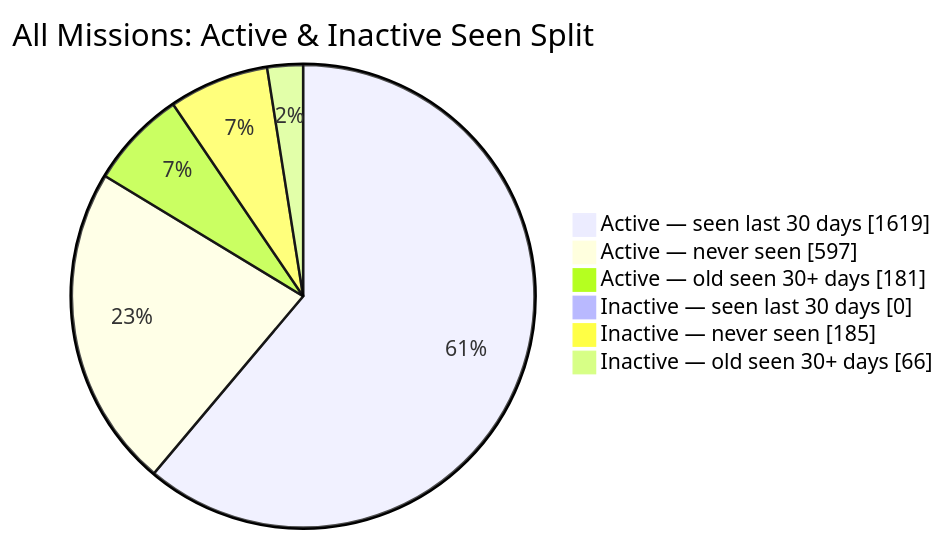
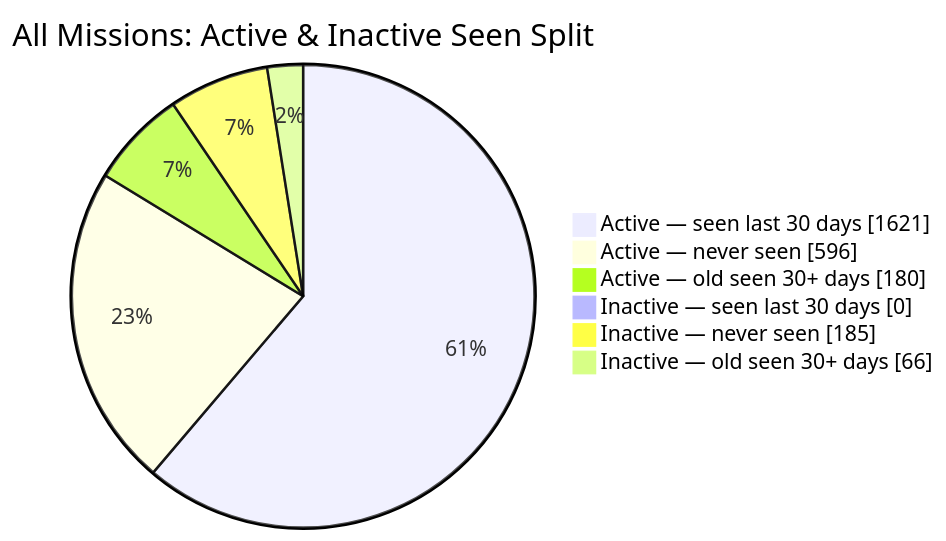
The second of 2 diagrams in README.md (MeldkamerspelGameTeam/active-missions), drawn with Mermaid before and after one commit. The commit also changed other lines of this file and 3 other files, not shown here.

````diff
--- a/README.md
+++ b/README.md
@@ -44,10 +44,10 @@
 ```mermaid
 pie showData
     title All Missions: Active & Inactive Seen Split
-    "Active — seen last 30 days" : 1619
-    "Active — never seen" : 597
-    "Active — old seen 30+ days" : 181
+    "Active — seen last 30 days" : 1621
+    "Active — never seen" : 596
+    "Active — old seen 30+ days" : 180
     "Inactive — seen last 30 days" : 0
     "Inactive — never seen" : 185
     "Inactive — old seen 30+ days" : 66
 ```
````
